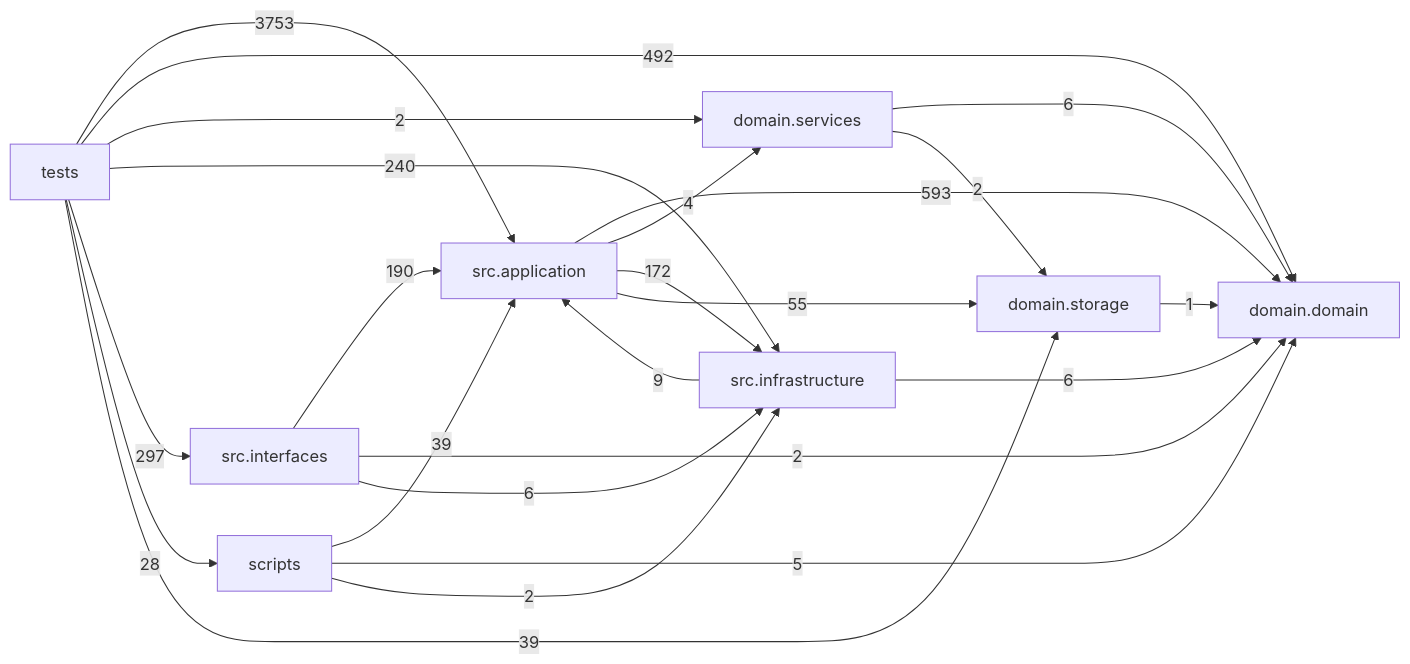
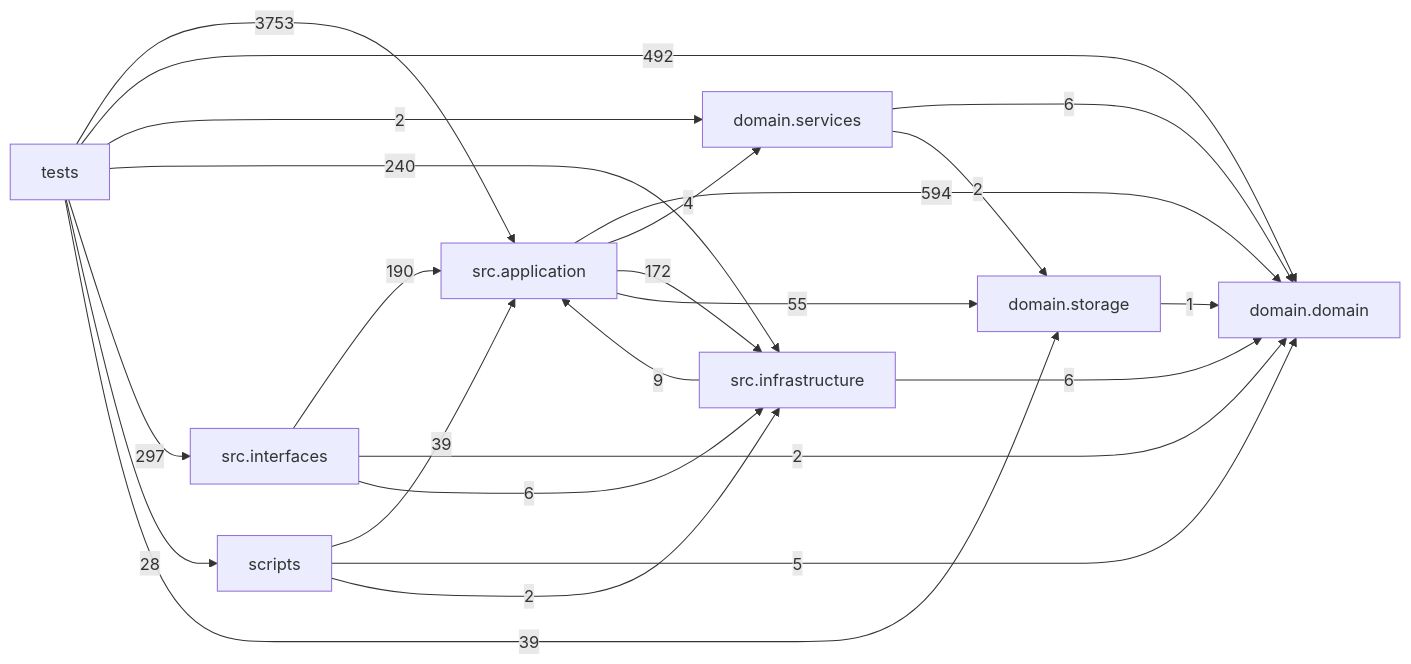
One commit to liuxie066/options-monitor changed the diagram in docs/DEPENDENCY_GRAPH.md. Above: the diagram before and after it, drawn with Mermaid. The commit also changed other lines of this file and 7 other files, not shown here.

````diff
--- a/docs/DEPENDENCY_GRAPH.md
+++ b/docs/DEPENDENCY_GRAPH.md
@@ -24,33 +24,33 @@
 ```mermaid
 flowchart LR
   tests["tests"]
   scripts["scripts"]
   interfaces["src.interfaces"]
   application["src.application"]
   infrastructure["src.infrastructure"]
   domain_services["domain.services"]
   domain["domain.domain"]
   storage["domain.storage"]
-  application -->|593| domain
+  application -->|594| domain
   application -->|4| domain_services
   application -->|172| infrastructure
   application -->|55| storage
   domain_services -->|6| domain
   domain_services -->|2| storage
   infrastructure -->|9| application
   infrastructure -->|6| domain
   interfaces -->|190| application
   interfaces -->|2| domain
   interfaces -->|6| infrastructure
   scripts -->|39| application
   scripts -->|5| domain
   scripts -->|2| infrastructure
   storage -->|1| domain
   tests -->|3753| application
   tests -->|492| domain
   tests -->|2| domain_services
   tests -->|240| infrastructure
   tests -->|297| interfaces
   tests -->|28| scripts
   tests -->|39| storage
 ```
````
